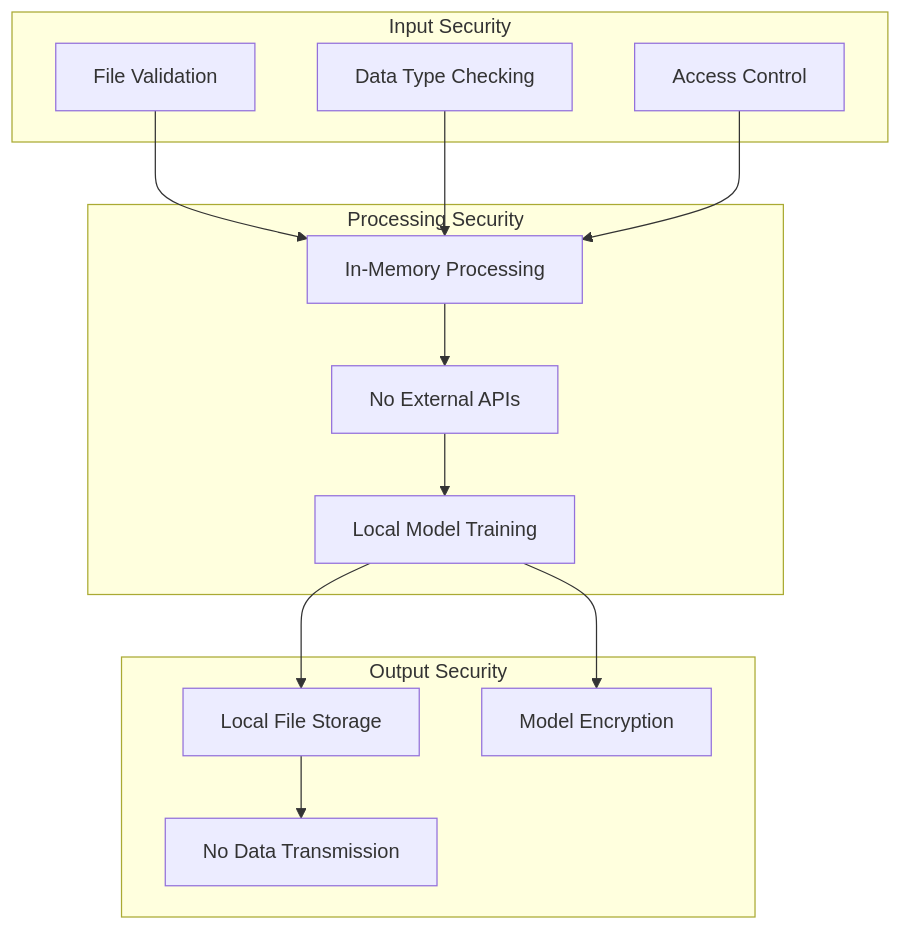
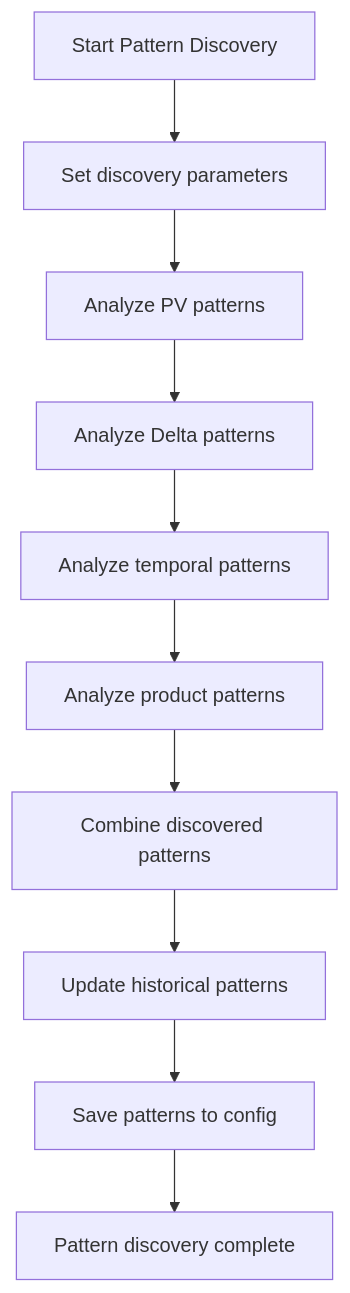
Before and after one commit to ksmadhavareddy/recon-ai: diagram 20 of 30 in docs/DIAGRAMS.md, drawn with Mermaid. The commit also changed other lines of this file and 14 other files, not shown here.

````diff
--- a/docs/DIAGRAMS.md
+++ b/docs/DIAGRAMS.md
@@ -466,29 +423,12 @@
 ```mermaid
 graph TD
-    subgraph "Input Security"
-        A[File Validation]
-        B[Data Type Checking]
-        C[Access Control]
-    end
-    
-    subgraph "Processing Security"
-        D[In-Memory Processing]
-        E[No External APIs]
-        F[Local Model Training]
-    end
-    
-    subgraph "Output Security"
-        G[Local File Storage]
-        H[No Data Transmission]
-        I[Model Encryption]
-    end
-    
-    A --> D
-    B --> D
-    C --> D
-    D --> E
-    E --> F
-    F --> G
-    G --> H
-    F --> I
+    A[Start Pattern Discovery] --> B[Set discovery parameters]
+    B --> C[Analyze PV patterns]
+    C --> D[Analyze Delta patterns]
+    D --> E[Analyze temporal patterns]
+    E --> F[Analyze product patterns]
+    F --> G[Combine discovered patterns]
+    G --> H[Update historical patterns]
+    H --> I[Save patterns to config]
+    I --> J[Pattern discovery complete]
 ```
````
